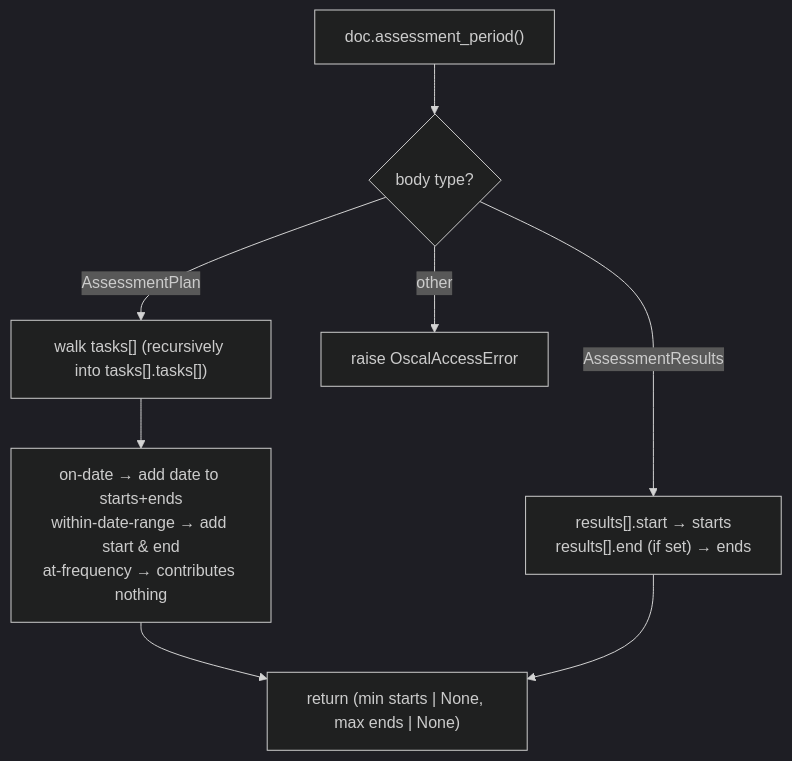
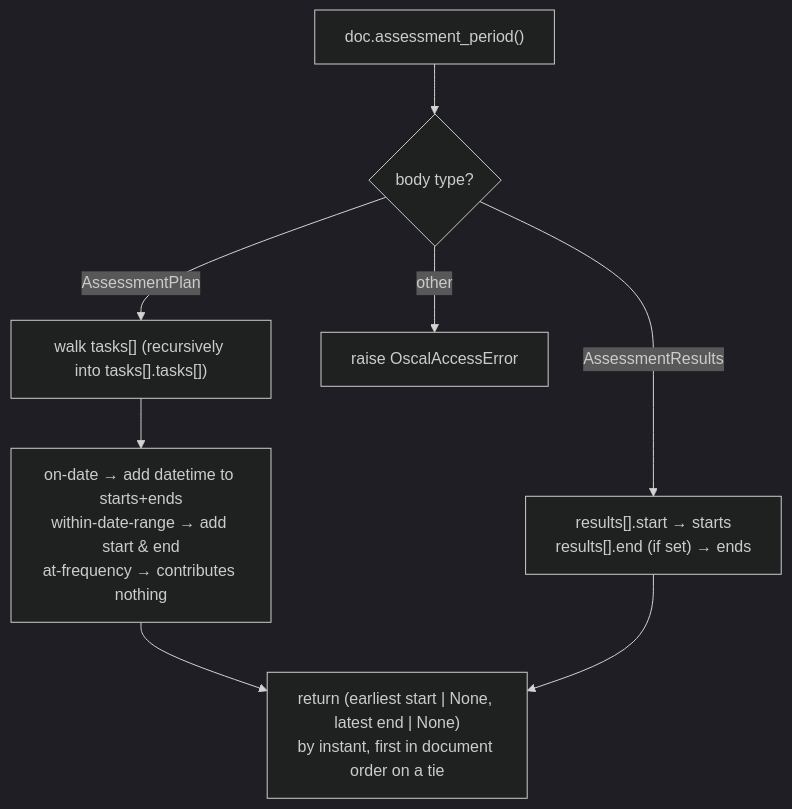
One commit to cairn-proofs/oscal-bindings-python changed the fourth of 7 diagrams in .agents/summary/workflows.md. Above: the diagram before and after it, drawn with Mermaid (dark theme). The commit also changed 9 other files, not shown here.

First line of the commit message:
feat!: assessment_period() returns datetime bounds ordered by instant (#58) (#87)

````diff
--- a/.agents/summary/workflows.md
+++ b/.agents/summary/workflows.md
@@ -128,10 +128,10 @@
 ```mermaid
 flowchart TD
     A["doc.assessment_period()"] --> B{"body type?"}
     B -->|AssessmentPlan| C["walk tasks[] (recursively into tasks[].tasks[])"]
-    C --> D["on-date → add date to starts+ends<br/>within-date-range → add start & end<br/>at-frequency → contributes nothing"]
+    C --> D["on-date → add datetime to starts+ends<br/>within-date-range → add start & end<br/>at-frequency → contributes nothing"]
     B -->|AssessmentResults| E["results[].start → starts<br/>results[].end (if set) → ends"]
     B -->|other| F["raise OscalAccessError"]
-    D --> G["return (min starts | None, max ends | None)"]
+    D --> G["return (earliest start | None, latest end | None)<br/>by instant, first in document order on a tie"]
     E --> G
 ```
````
